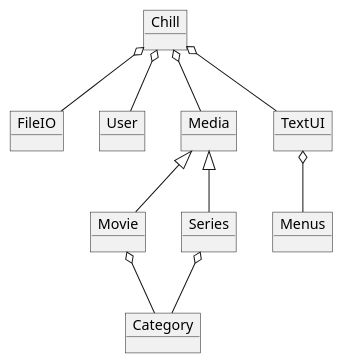
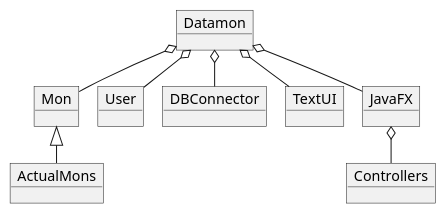
The diagram in Doc/Domain.puml (Magi2106/ICE), drawn with PlantUML before and after one commit. The commit also changed 1 other file, not shown here.

```diff
--- a/Doc/Domain.puml
+++ b/Doc/Domain.puml
@@ -1,23 +1,22 @@
 @startuml
+'https://plantuml.com/object-diagram
+!pragma layout smetana
 
-object Chill
-object FileIO
+object Mon
 object User
-object Media
-object Movie
-object Series
-object Category
+object Datamon
+object DBConnector
 object TextUI
-object Menus
+object JavaFX
+object Controllers
+object ActualMons
 
-Media <|-- Movie
-Media <|-- Series
-Movie o-- Category
-Series o-- Category
-TextUI o-- Menus
-Chill o-- Media
-Chill o-- FileIO
-Chill o-- User
-Chill o-- TextUI
+Datamon o-- Mon
+Datamon o-- JavaFX
+JavaFX o-- Controllers
+Datamon o-- User
+Datamon o-- TextUI
+Datamon o-- DBConnector
+Mon <|-- ActualMons
 
 @enduml
```
